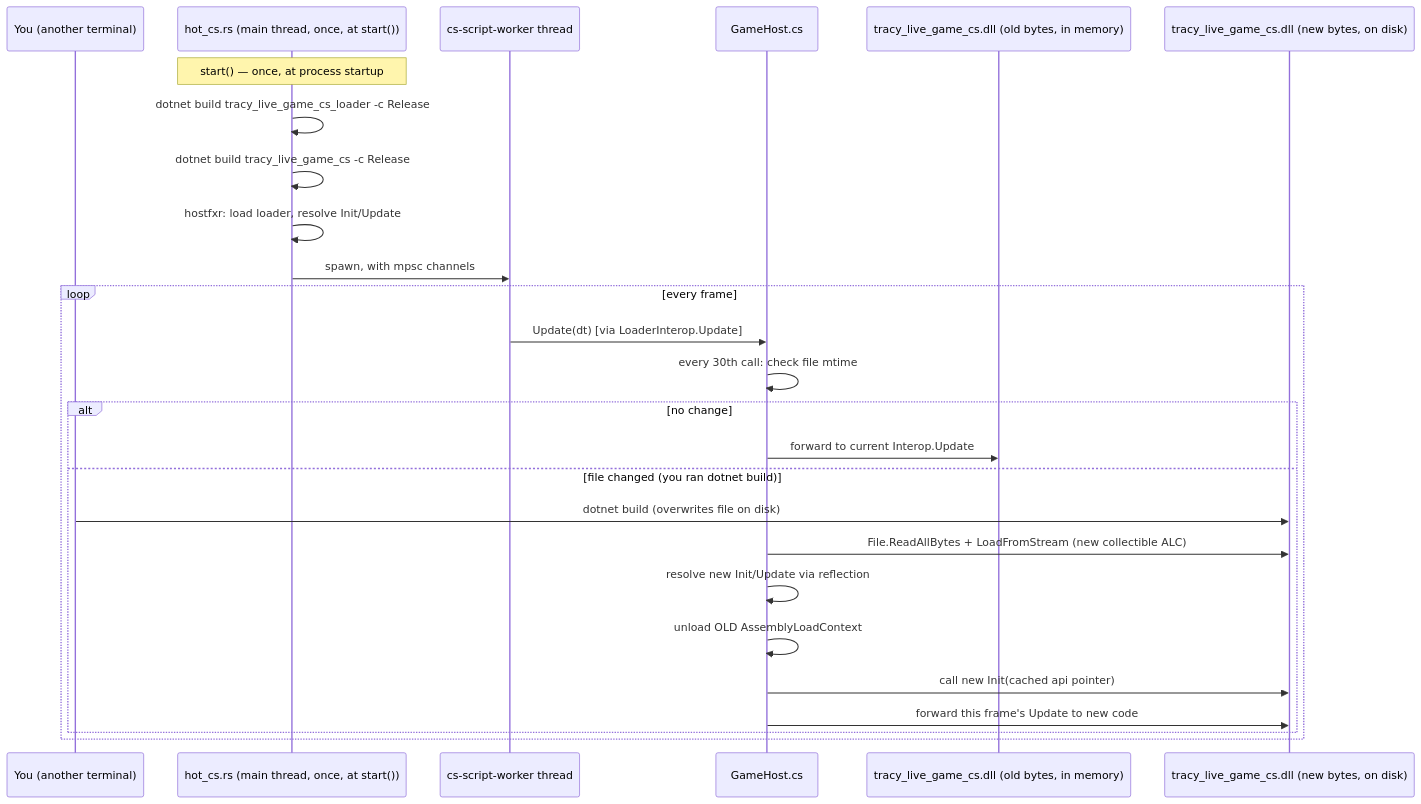
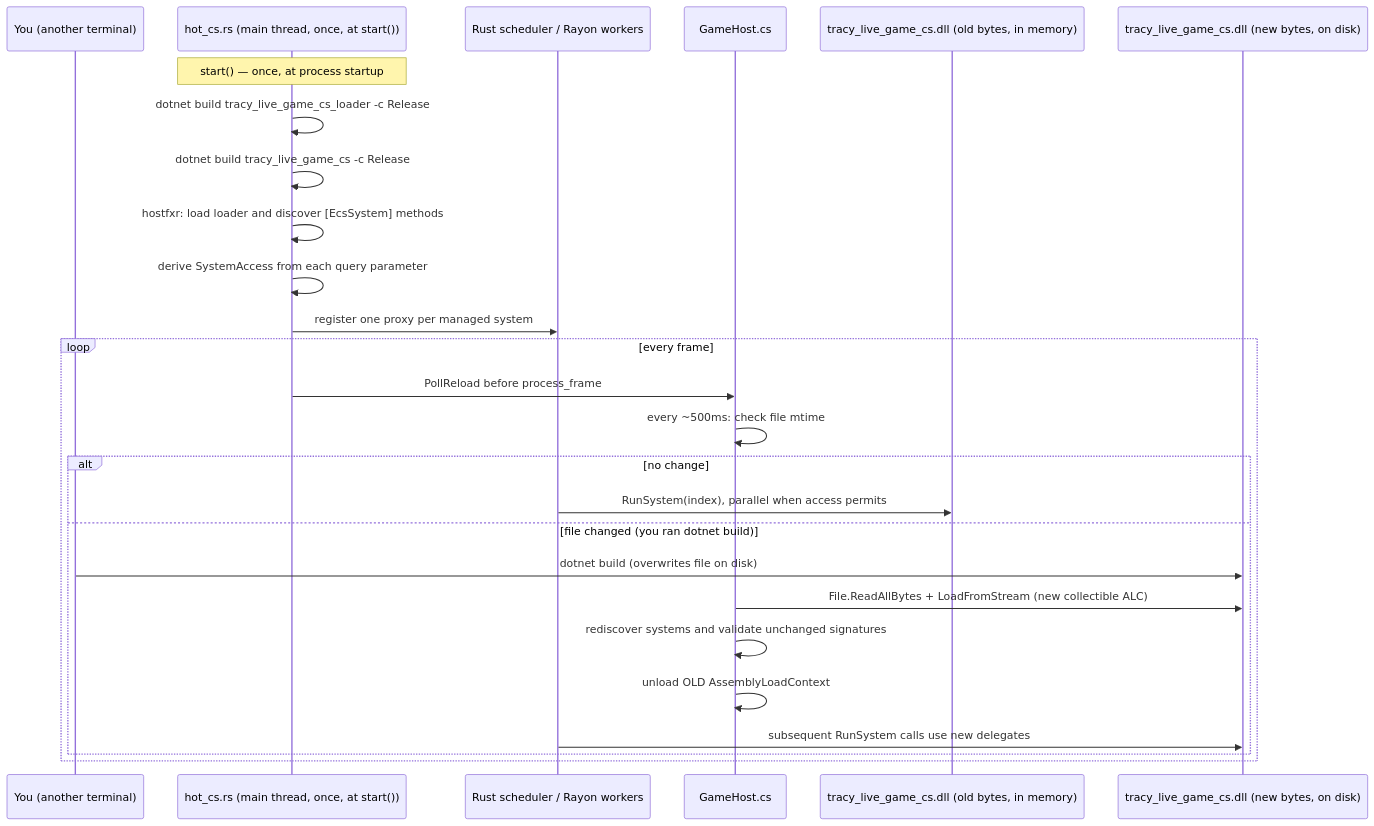
The seventh of 8 diagrams in examples/TRACY_SCRIPTING.md (MattSzymonski/Rust-Hybrid-ECS), drawn with Mermaid before and after one commit. The commit also changed other lines of this file and 17 other files, not shown here.

````diff
--- a/examples/TRACY_SCRIPTING.md
+++ b/examples/TRACY_SCRIPTING.md
@@ -864,29 +849,29 @@
 ```mermaid
 sequenceDiagram
     participant You as You (another terminal)
     participant Host as hot_cs.rs (main thread, once, at start())
-    participant Worker as cs-script-worker thread
+    participant Scheduler as Rust scheduler / Rayon workers
     participant GH as GameHost.cs
     participant OldAsm as tracy_live_game_cs.dll (old bytes, in memory)
     participant NewAsm as tracy_live_game_cs.dll (new bytes, on disk)
 
     Note over Host: start() — once, at process startup
     Host->>Host: dotnet build tracy_live_game_cs_loader -c Release
     Host->>Host: dotnet build tracy_live_game_cs -c Release
-    Host->>Host: hostfxr: load loader, resolve Init/Update
-    Host->>Worker: spawn, with mpsc channels
+    Host->>Host: hostfxr: load loader and discover [EcsSystem] methods
+    Host->>Host: derive SystemAccess from each query parameter
+    Host->>Scheduler: register one proxy per managed system
     loop every frame
-        Worker->>GH: Update(dt) [via LoaderInterop.Update]
-        GH->>GH: every 30th call: check file mtime
+        Host->>GH: PollReload before process_frame
+        GH->>GH: every ~500ms: check file mtime
         alt no change
-            GH->>OldAsm: forward to current Interop.Update
+            Scheduler->>OldAsm: RunSystem(index), parallel when access permits
         else file changed (you ran dotnet build)
             You->>NewAsm: dotnet build (overwrites file on disk)
             GH->>NewAsm: File.ReadAllBytes + LoadFromStream (new collectible ALC)
-            GH->>GH: resolve new Init/Update via reflection
+            GH->>GH: rediscover systems and validate unchanged signatures
             GH->>GH: unload OLD AssemblyLoadContext
-            GH->>NewAsm: call new Init(cached api pointer)
-            GH->>NewAsm: forward this frame's Update to new code
+            Scheduler->>NewAsm: subsequent RunSystem calls use new delegates
         end
     end
 ```
````
